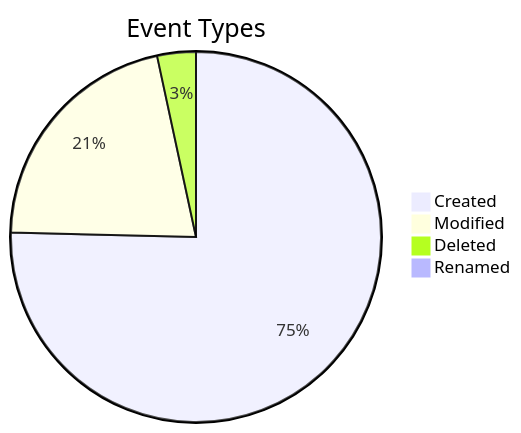
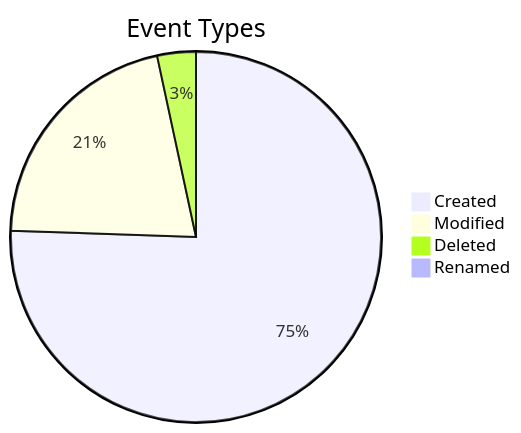
The diagram in OBSERVATORIES/Activity Observatory.md (aetrigg/obsidian-universe-public), drawn with Mermaid before and after one commit. The commit also changed other lines of this file and 1 other file, not shown here.

````diff
--- a/OBSERVATORIES/Activity Observatory.md
+++ b/OBSERVATORIES/Activity Observatory.md
@@ -32,8 +32,8 @@
 ```mermaid
 pie
     title Event Types
-    "Created" : 19050
-    "Modified" : 5371
-    "Deleted" : 852
-    "Renamed" : 99
+    "Created" : 19036
+    "Modified" : 5315
+    "Deleted" : 849
+    "Renamed" : 95
 ```
````
